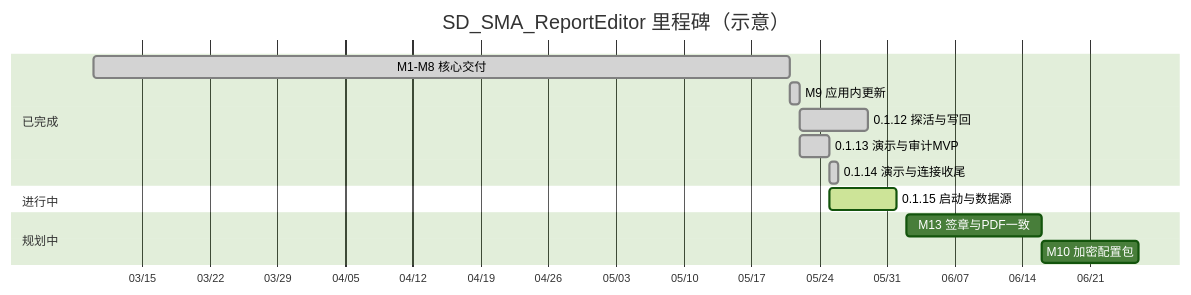
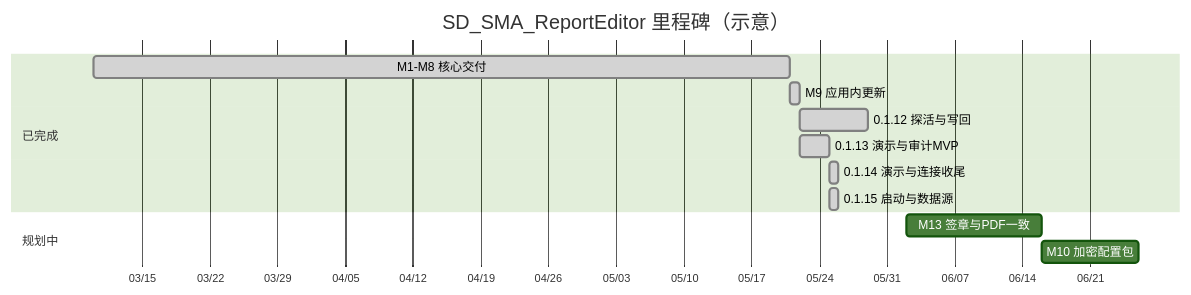
One commit to cwjwudi/sma_data_collector changed the first of 2 diagrams in _Prj/SD_SMA_ReportEditor/_Doc/002_里程碑与工单.md. Above: the diagram before and after it, drawn with Mermaid (forest theme). The commit also changed other lines of this file and 10 other files, not shown here.

````diff
--- a/_Prj/SD_SMA_ReportEditor/_Doc/002_里程碑与工单.md
+++ b/_Prj/SD_SMA_ReportEditor/_Doc/002_里程碑与工单.md
@@ -147,20 +147,18 @@
 ```mermaid
 gantt
     title SD_SMA_ReportEditor 里程碑（示意）
     dateFormat YYYY-MM-DD
     axisFormat %m/%d
 
     section 已完成
     M1-M8 核心交付         :done, core, 2026-03-10, 2026-05-21
     M9 应用内更新          :done, m9, 2026-05-21, 2026-05-22
     0.1.12 探活与写回      :done, v112, 2026-05-22, 7d
     0.1.13 演示与审计MVP   :done, v113, 2026-05-22, 2026-05-25
     0.1.14 演示与连接收尾  :done, v114, 2026-05-25, 1d
-
-    section 进行中
-    0.1.15 启动与数据源    :active, v115, 2026-05-25, 7d
+    0.1.15 启动与数据源    :done, v115, 2026-05-25, 1d
 
     section 规划中
     M13 签章与PDF一致      :m13, 2026-06-02, 14d
     M10 加密配置包         :m10, 2026-06-16, 10d
 ```
````
